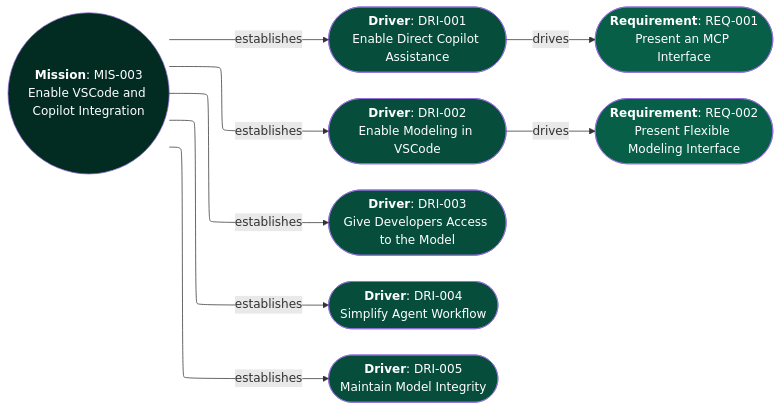
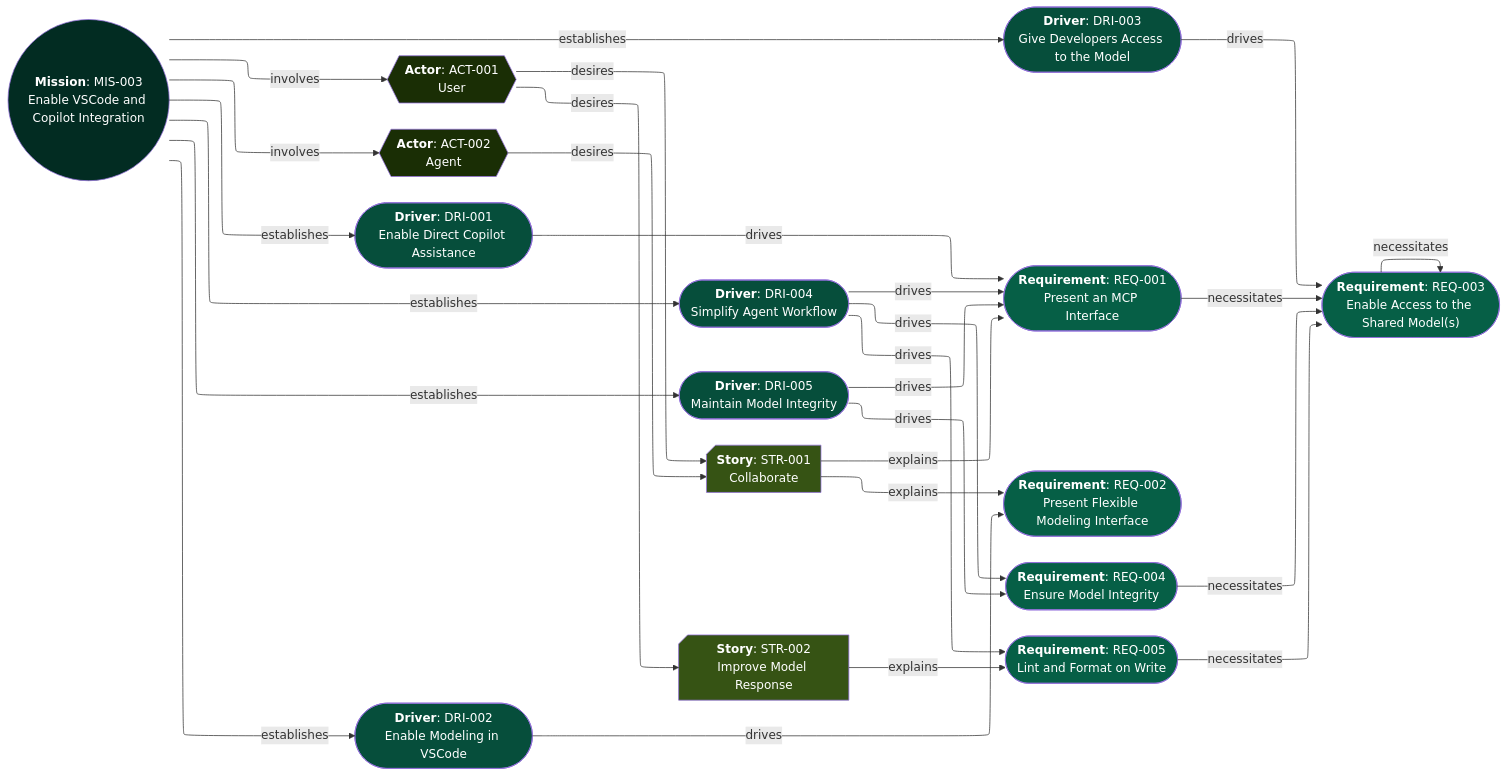
The diagram in docs/design/MIS-003/Requirements.view.md (JEleniel/aurora), drawn with Mermaid before and after one commit. The commit also changed 37 other files, not shown here.

````diff
--- a/docs/design/MIS-003/Requirements.view.md
+++ b/docs/design/MIS-003/Requirements.view.md
@@ -5,6 +5,8 @@
 graph LR
 
 
+	ACT-001{{"`**Actor**: ACT-001<br />User`"}}
+	ACT-002{{"`**Actor**: ACT-002<br />Agent`"}}
 	DRI-001(["`**Driver**: DRI-001<br />Enable Direct Copilot Assistance`"])
 	DRI-002(["`**Driver**: DRI-002<br />Enable Modeling in VSCode`"])
 	DRI-003(["`**Driver**: DRI-003<br />Give Developers Access to the Model`"])
@@ -13,15 +15,38 @@
 	MIS-003(("`**Mission**: MIS-003<br />Enable VSCode and Copilot Integration`"))
 	REQ-001(["`**Requirement**: REQ-001<br />Present an MCP Interface`"])
 	REQ-002(["`**Requirement**: REQ-002<br />Present Flexible Modeling Interface`"])
+	REQ-003(["`**Requirement**: REQ-003<br />Enable Access to the Shared Model(s)`"])
+	REQ-004(["`**Requirement**: REQ-004<br />Ensure Model Integrity`"])
+	REQ-005(["`**Requirement**: REQ-005<br />Lint and Format on Write`"])
+	STR-001["`**Story**: STR-001<br />Collaborate`"]@{shape: card}
+	STR-002["`**Story**: STR-002<br />Improve Model Response`"]@{shape: card}
 
 
+	ACT-001 -- desires --> STR-001;
+	ACT-001 -- desires --> STR-002;
+	ACT-002 -- desires --> STR-001;
 	DRI-001 -- drives --> REQ-001;
 	DRI-002 -- drives --> REQ-002;
+	DRI-003 -- drives --> REQ-003;
+	DRI-004 -- drives --> REQ-001;
+	DRI-004 -- drives --> REQ-004;
+	DRI-004 -- drives --> REQ-005;
+	DRI-005 -- drives --> REQ-001;
+	DRI-005 -- drives --> REQ-004;
 	MIS-003 -- establishes --> DRI-001;
 	MIS-003 -- establishes --> DRI-002;
 	MIS-003 -- establishes --> DRI-003;
 	MIS-003 -- establishes --> DRI-004;
 	MIS-003 -- establishes --> DRI-005;
+	MIS-003 -- involves --> ACT-001;
+	MIS-003 -- involves --> ACT-002;
+	REQ-001 -- necessitates --> REQ-003;
+	REQ-003 -- necessitates --> REQ-003;
+	REQ-004 -- necessitates --> REQ-003;
+	REQ-005 -- necessitates --> REQ-003;
+	STR-001 -- explains --> REQ-001;
+	STR-001 -- explains --> REQ-002;
+	STR-002 -- explains --> REQ-005;
 
 
 classDef cls_boundary stroke-dasharray:5 5,stroke-width:4;
@@ -55,8 +80,10 @@
 classDef cls_threat fill:#4c0519,color:#FFFFFF;
 classDef cls_note fill:#1f2937,color:#FFFFFF;
 
+	class ACT-001,ACT-002 cls_actor;
 	class DRI-001,DRI-002,DRI-003,DRI-004,DRI-005 cls_driver;
 	class MIS-003 cls_mission;
-	class REQ-001,REQ-002 cls_requirement;
+	class REQ-001,REQ-002,REQ-003,REQ-004,REQ-005 cls_requirement;
+	class STR-001,STR-002 cls_story;
 
 ```
````
